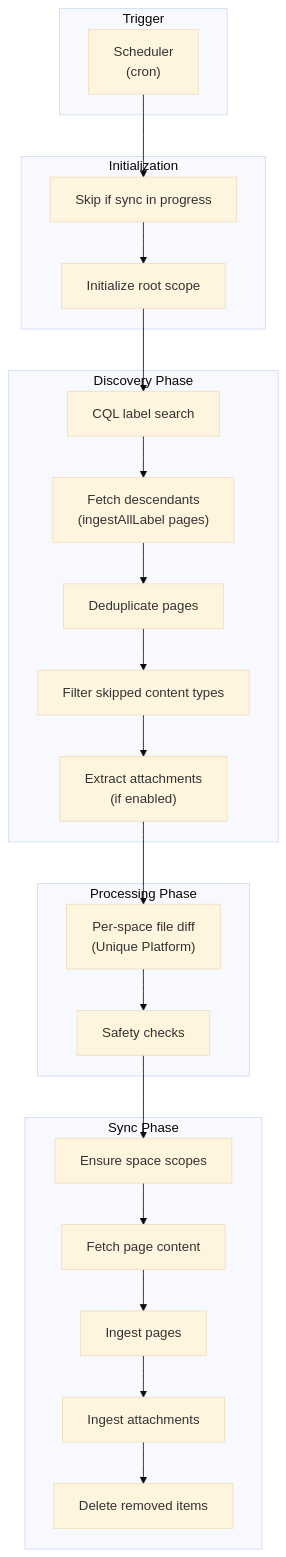
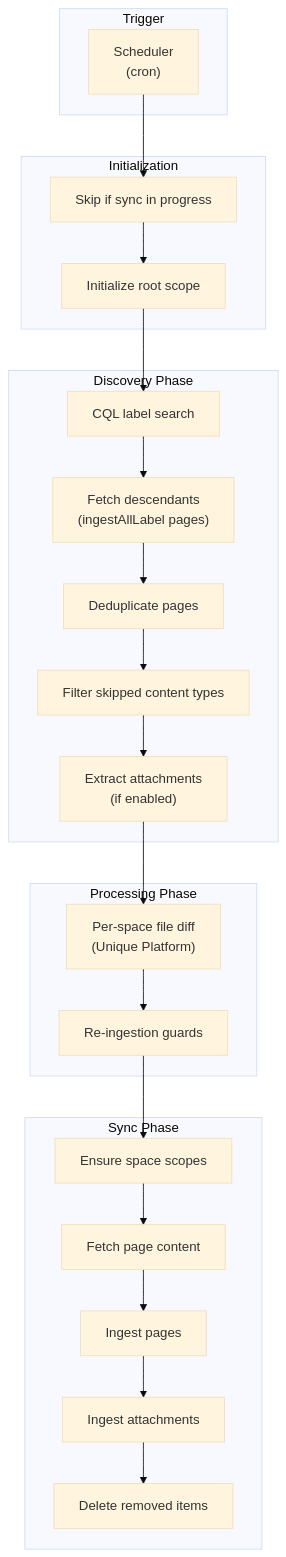
Before and after one commit to Unique-AG/connectors: the first of 4 diagrams in services/confluence-connector/docs/technical/flows.md, drawn with Mermaid (base theme).

Commit message:
chore: small rename

````diff
--- a/services/confluence-connector/docs/technical/flows.md
+++ b/services/confluence-connector/docs/technical/flows.md
@@ -10,47 +10,47 @@
 ```mermaid
 flowchart TB
     subgraph Trigger["Trigger"]
         Scheduler["Scheduler<br/>(cron)"]
     end
 
     subgraph Initialization["Initialization"]
         Guard["Skip if sync in progress"]
         Scope["Initialize root scope"]
     end
 
     subgraph Discovery["Discovery Phase"]
         SearchCQL["CQL label search"]
         Descendants["Fetch descendants<br/>(ingestAllLabel pages)"]
         Deduplicate["Deduplicate pages"]
         FilterTypes["Filter skipped content types"]
         ExtractAttachments["Extract attachments<br/>(if enabled)"]
     end
 
     subgraph Processing["Processing Phase"]
         Diff["Per-space file diff<br/>(Unique Platform)"]
-        Validate["Safety checks"]
+        Validate["Re-ingestion guards"]
     end
 
     subgraph Sync["Sync Phase"]
         EnsureScopes["Ensure space scopes"]
         FetchContent["Fetch page content"]
         IngestPages["Ingest pages"]
         IngestAttachments["Ingest attachments"]
         Delete["Delete removed items"]
     end
 
     Scheduler --> Guard
     Guard --> Scope
     Scope --> SearchCQL
     SearchCQL --> Descendants
     Descendants --> Deduplicate
     Deduplicate --> FilterTypes
     FilterTypes --> ExtractAttachments
     ExtractAttachments --> Diff
     Diff --> Validate
     Validate --> EnsureScopes
     EnsureScopes --> FetchContent
     FetchContent --> IngestPages
     IngestPages --> IngestAttachments
     IngestAttachments --> Delete
 ```
````
